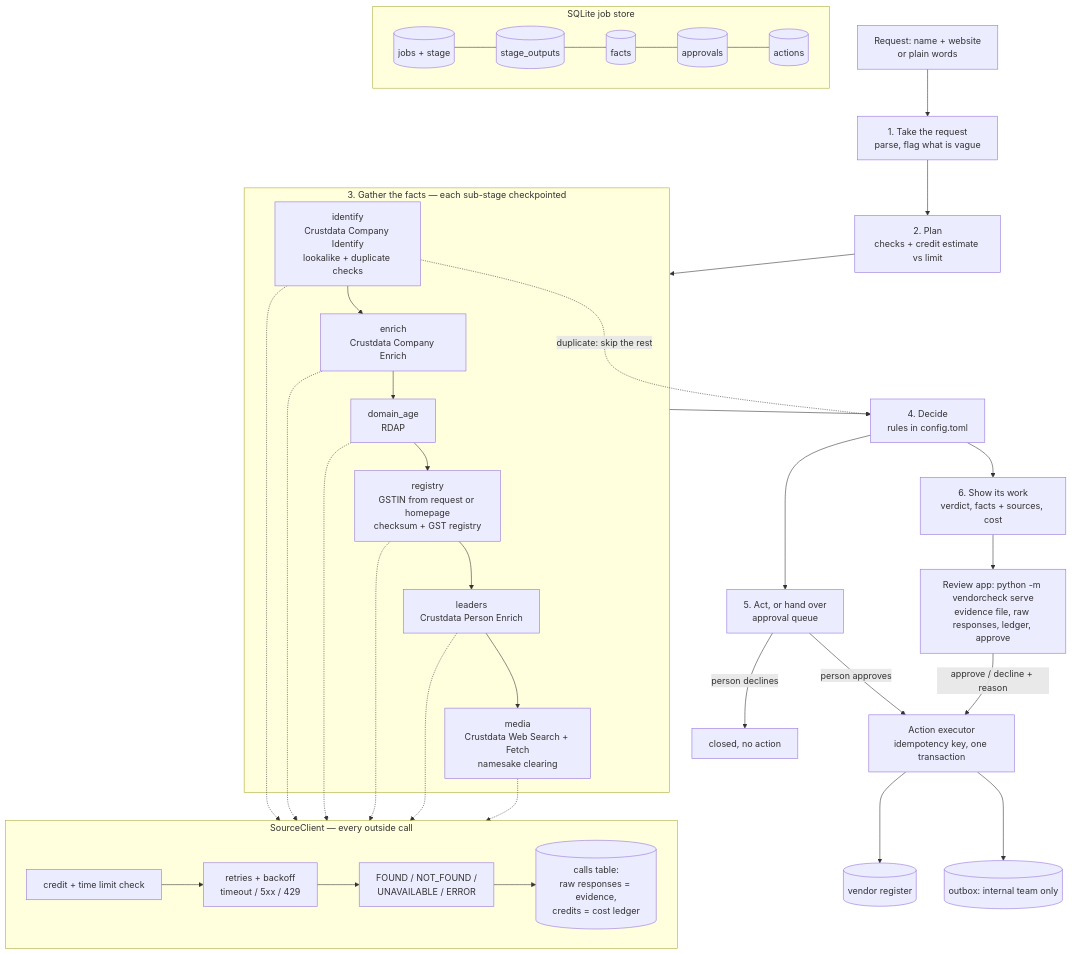
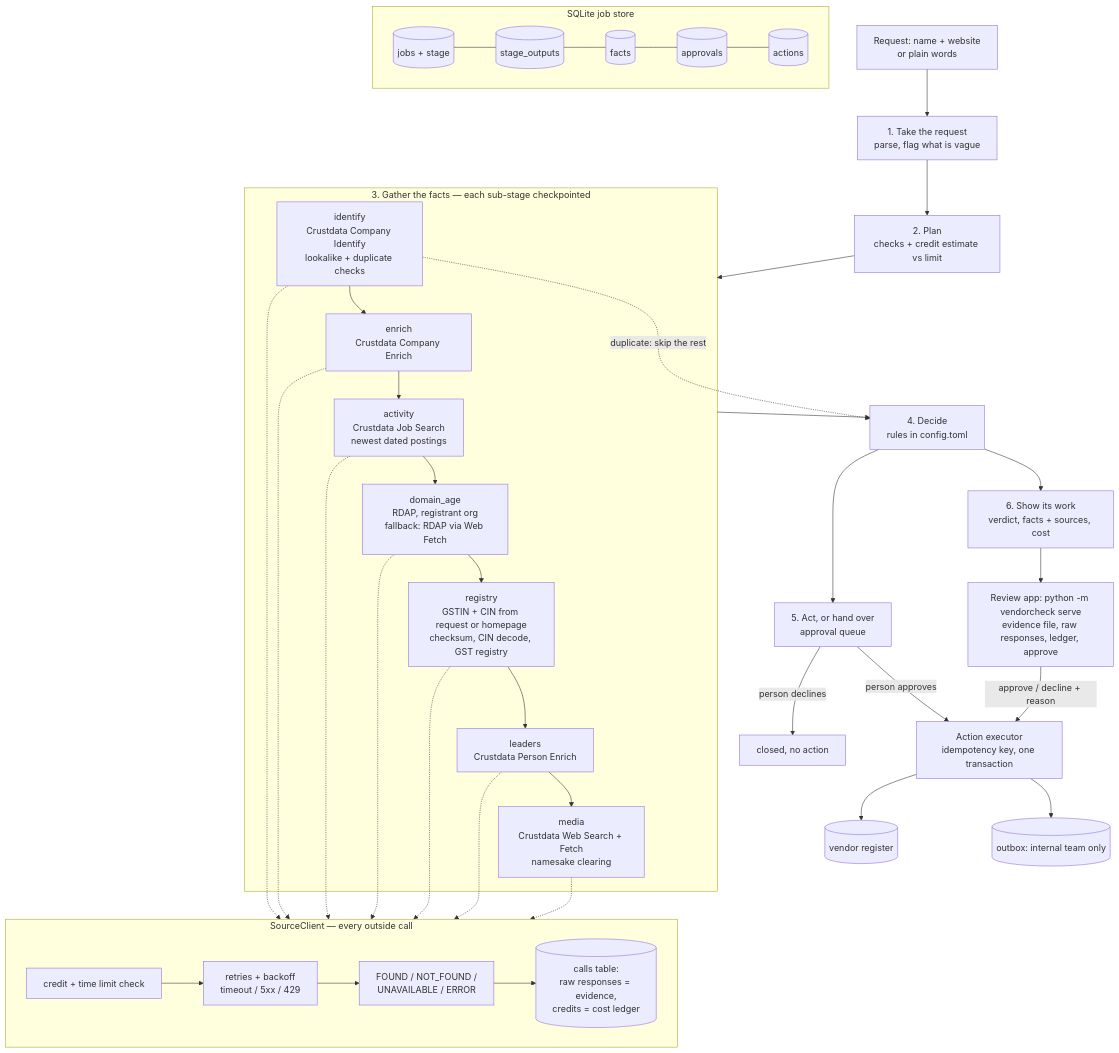
One commit to navkarchordiya/trust_and_compliance changed the diagram in ARCHITECTURE.md. Above: the diagram before and after it, drawn with Mermaid. The commit also changed 7 other files, not shown here.

First line of the commit message:
RDAP fallback through Crustdata Web Fetch; unregistered-domain fact; docs for the active-now check

````diff
--- a/ARCHITECTURE.md
+++ b/ARCHITECTURE.md
@@ -3,42 +3,44 @@
 ```mermaid
 flowchart TD
     REQ[Request: name + website<br/>or plain words] --> TAKE[1. Take the request<br/>parse, flag what is vague]
     TAKE --> PLAN[2. Plan<br/>checks + credit estimate vs limit]
     PLAN --> GATHER
 
     subgraph GATHER[3. Gather the facts — each sub-stage checkpointed]
         ID[identify<br/>Crustdata Company Identify<br/>lookalike + duplicate checks] --> EN[enrich<br/>Crustdata Company Enrich]
-        EN --> AGE[domain_age<br/>RDAP]
-        AGE --> REGS[registry<br/>GSTIN from request or homepage<br/>checksum + GST registry]
+        EN --> ACTV[activity<br/>Crustdata Job Search<br/>newest dated postings]
+        ACTV --> AGE[domain_age<br/>RDAP, registrant org<br/>fallback: RDAP via Web Fetch]
+        AGE --> REGS[registry<br/>GSTIN + CIN from request or homepage<br/>checksum, CIN decode, GST registry]
         REGS --> LEAD[leaders<br/>Crustdata Person Enrich]
         LEAD --> MEDIA[media<br/>Crustdata Web Search + Fetch<br/>namesake clearing]
     end
 
     GATHER --> DECIDE[4. Decide<br/>rules in config.toml]
     ID -.->|duplicate: skip the rest| DECIDE
     DECIDE --> HAND[5. Act, or hand over<br/>approval queue]
     HAND -->|person approves| ACT[Action executor<br/>idempotency key, one transaction]
     HAND -->|person declines| CLOSE[closed, no action]
     ACT --> REG[(vendor register)]
     ACT --> OUT[(outbox: internal team only)]
     DECIDE --> SHOW[6. Show its work<br/>verdict, facts + sources, cost]
     SHOW --> APP[Review app: python -m vendorcheck serve<br/>evidence file, raw responses, ledger, approve]
     APP -->|approve / decline + reason| ACT
 
     subgraph SC[SourceClient — every outside call]
         RETRY[retries + backoff<br/>timeout / 5xx / 429] --> CLASS[FOUND / NOT_FOUND /<br/>UNAVAILABLE / ERROR]
         BUDGET[credit + time limit check] --> RETRY
         CLASS --> CACHE[(calls table:<br/>raw responses = evidence,<br/>credits = cost ledger)]
     end
 
     ID -.-> SC
     EN -.-> SC
+    ACTV -.-> SC
     AGE -.-> SC
     REGS -.-> SC
     LEAD -.-> SC
     MEDIA -.-> SC
 
     subgraph DB[SQLite job store]
         JOBS[(jobs + stage)] --- STAGES[(stage_outputs)] --- FACTS[(facts)] --- APPR[(approvals)] --- ACTS[(actions)]
     end
 ```
````
